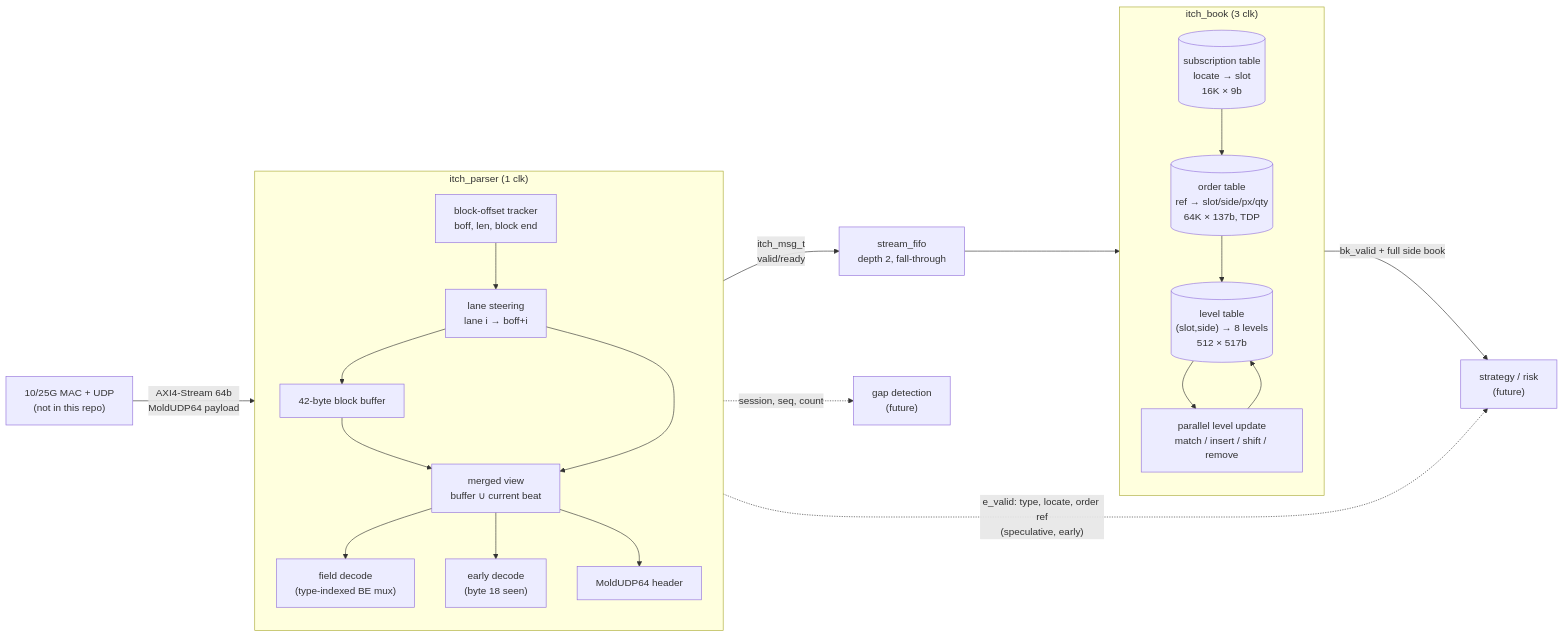
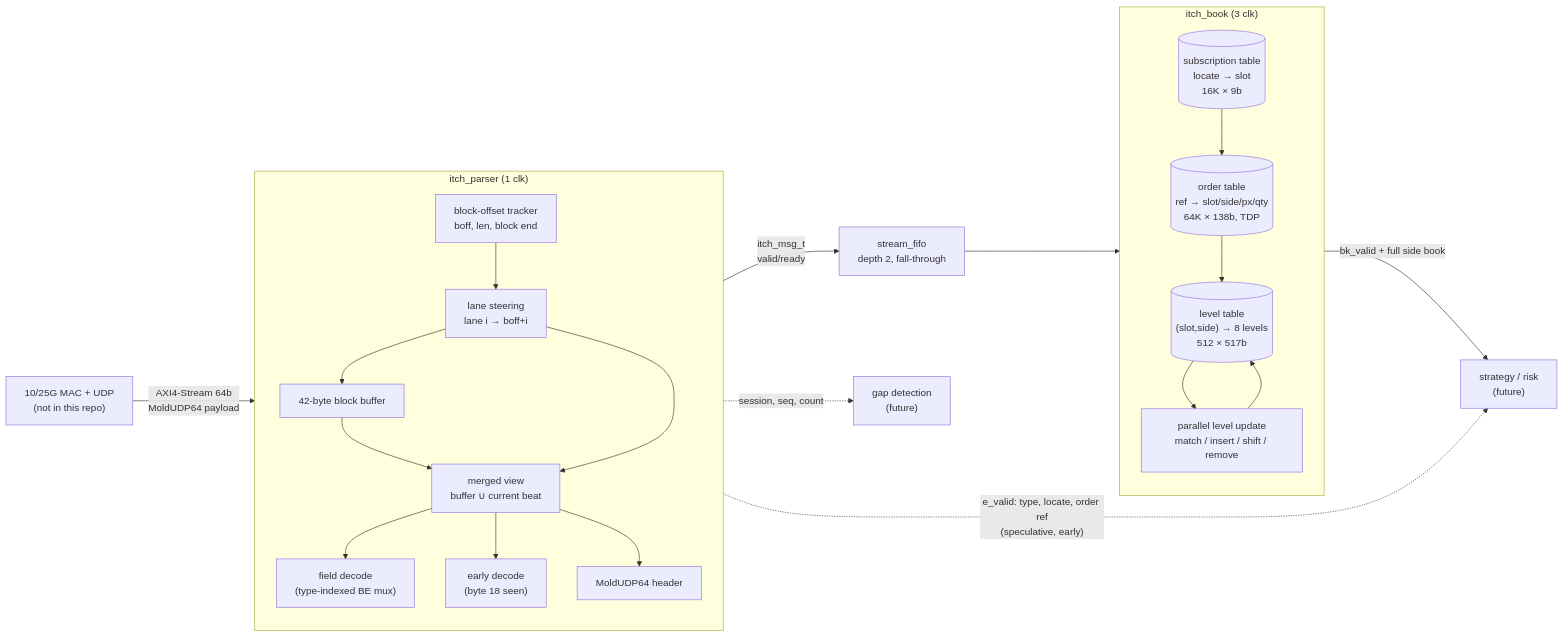
One commit to gambrelcolby63/itch5-parser-sv changed the diagram in README.md. Above: the diagram before and after it, drawn with Mermaid. The commit also changed other lines of this file and 2 other files, not shown here.

First line of the commit message:
book: portable level network (unpacked arrays); Icarus runs feed top; synth table

````diff
--- a/README.md
+++ b/README.md
@@ -30,31 +30,31 @@
 ```mermaid
 flowchart LR
     MAC["10/25G MAC + UDP<br/>(not in this repo)"] -->|"AXI4-Stream 64b<br/>MoldUDP64 payload"| P
 
     subgraph P["itch_parser (1 clk)"]
         direction TB
         OFF["block-offset tracker<br/>boff, len, block end"] --> STEER["lane steering<br/>lane i → boff+i"]
         STEER --> BUF["42-byte block buffer"]
         BUF --> MV["merged view<br/>buffer ∪ current beat"]
         STEER --> MV
         MV --> DEC["field decode<br/>(type-indexed BE mux)"]
         MV --> EARLY["early decode<br/>(byte 18 seen)"]
         MV --> HDR["MoldUDP64 header"]
     end
 
     DEC -->|"itch_msg_t<br/>valid/ready"| FIFO["stream_fifo<br/>depth 2, fall-through"]
     FIFO --> B
 
     subgraph B["itch_book (3 clk)"]
         direction TB
         SUB[("subscription table<br/>locate → slot<br/>16K × 9b")]
-        ORD[("order table<br/>ref → slot/side/px/qty<br/>64K × 137b, TDP")]
+        ORD[("order table<br/>ref → slot/side/px/qty<br/>64K × 138b, TDP")]
         LVL[("level table<br/>(slot,side) → 8 levels<br/>512 × 517b")]
         UPD["parallel level update<br/>match / insert / shift / remove"]
         SUB --> ORD --> LVL --> UPD --> LVL
     end
 
     B -->|"bk_valid + full side book"| STRAT["strategy / risk<br/>(future)"]
     EARLY -.->|"e_valid: type, locate, order ref<br/>(speculative, early)"| STRAT
     HDR -.->|"session, seq, count"| GAP["gap detection<br/>(future)"]
 ```
````
